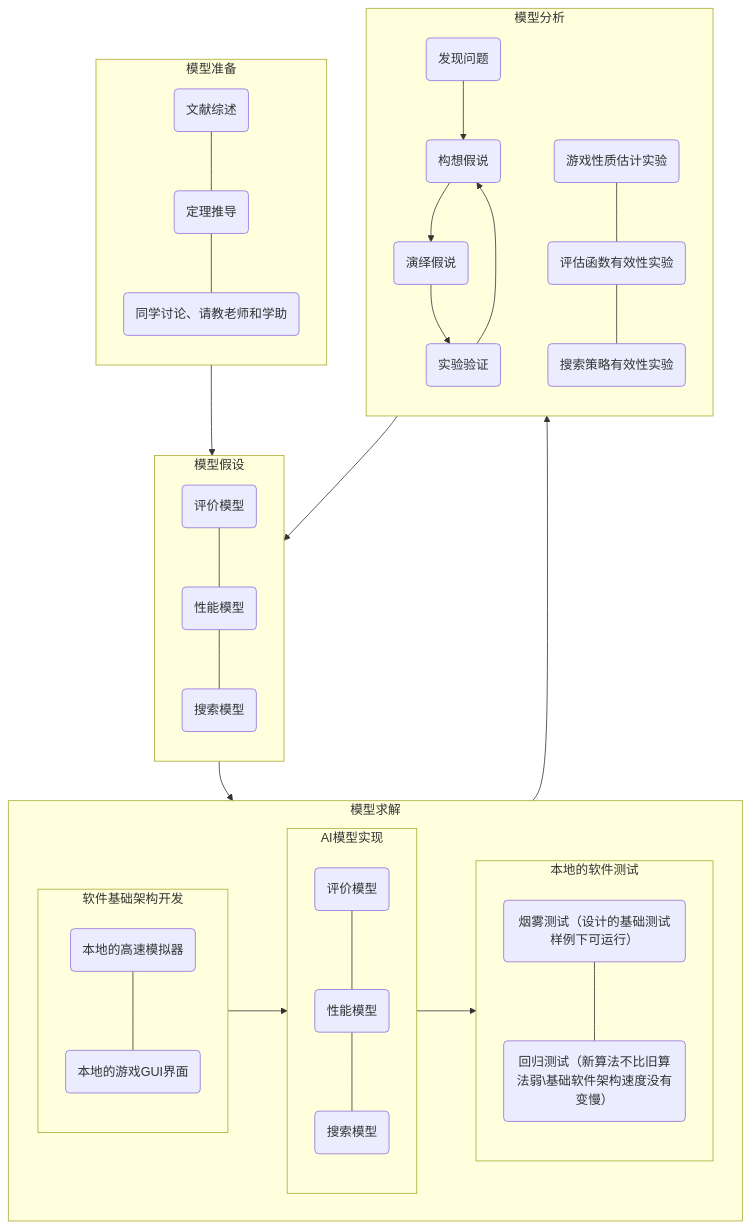
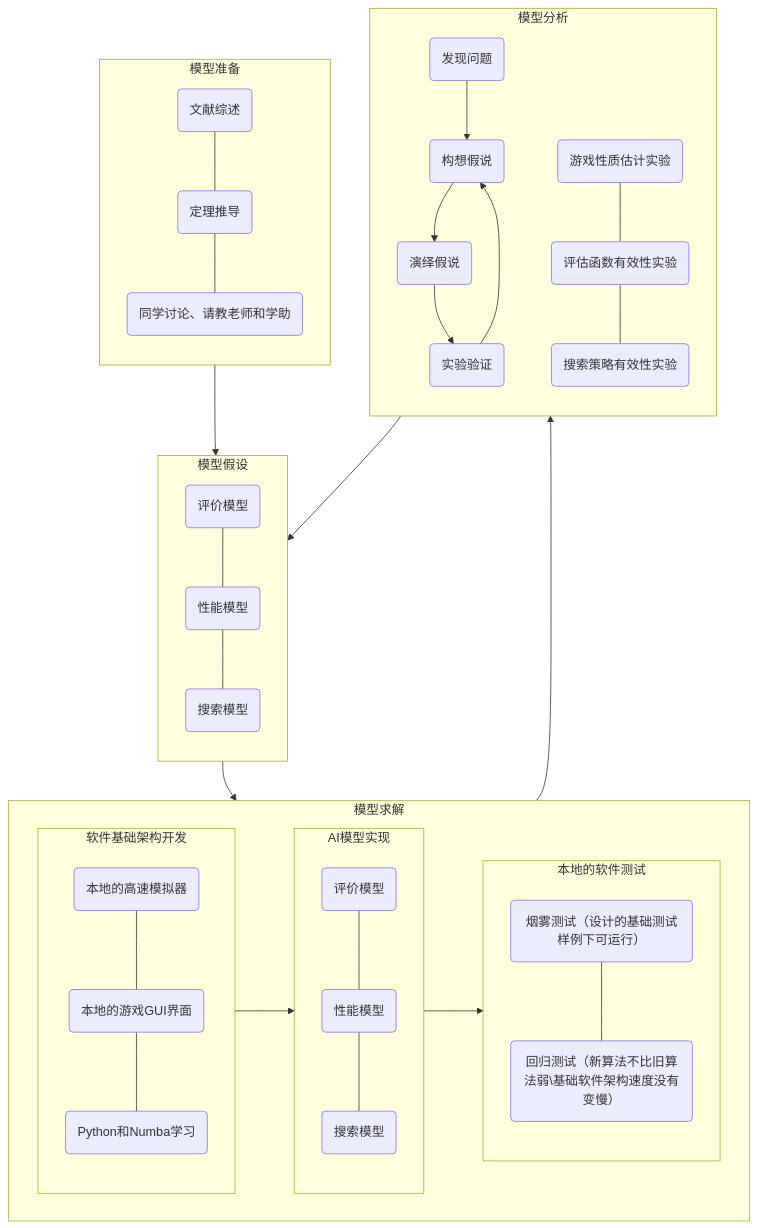
One commit to 2catycm/SUSTech-CS303_311-Artificial-Intelligence-Project changed the fourth of 4 diagrams in doc/P_Project1/P_Project1.md. Above: the diagram before and after it, drawn with Mermaid. The commit also changed other lines of this file and 1 other file, not shown here.

````diff
--- a/doc/P_Project1/P_Project1.md
+++ b/doc/P_Project1/P_Project1.md
@@ -282,58 +282,59 @@
 ```mermaid
 flowchart TD
 
 subgraph A ["模型准备"]
  direction TB
  a1(文献综述)
  a2(定理推导)
  a3("同学讨论、请教老师和学助")
  
  a1---a2---a3
 end
 subgraph B ["模型假设"]
 direction TB
  	b1(评价模型)
 	b2(性能模型)
 	b3(搜索模型)
 	b1---b2---b3
 end
 subgraph C ["模型求解"]
 direction LR
 subgraph c1["软件基础架构开发"]
 	direction TB
 	c11(本地的高速模拟器)
 	c12(本地的游戏GUI界面)
-	c11---c12
+	c13(Python和Numba学习)
+	c11---c12---c13
 end
 subgraph c2["AI模型实现"]
 	direction TB
 	c21(评价模型)
 	c22(性能模型)
 	c23(搜索模型)
 	c21---c22---c23
 end
 subgraph c3["本地的软件测试"]
 	direction TB
 	c31("烟雾测试（设计的基础测试样例下可运行）")
 	c32("回归测试（新算法不比旧算法弱\基础软件架构速度没有变慢）")
 	c31---c32
 end
 
 c1-->c2-->c3
 end
 
 subgraph D ["模型分析"]
     direction TB
 	d1(发现问题)
 	d2(构想假说)
 	d3(演绎假说)
 	d4(实验验证)
 	d1-->d2-->d3-->d4-->d2
 	d5(游戏性质估计实验)
 	%%subgraph d6 ["评估函数有效性实验"]d61(专家法特征)d62( ) %%end
 	d6(评估函数有效性实验)
 	d7(搜索策略有效性实验)
 	d5---d6---d7
 end
 A-->B-->C-->D-->B
 ```
````
